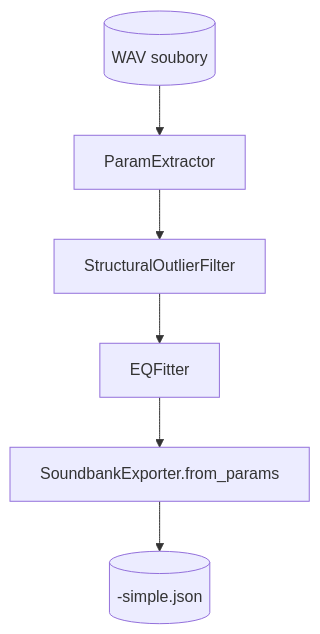
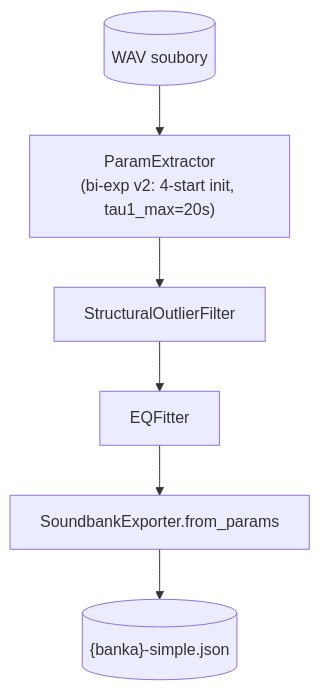
The sixth of 8 diagrams in docs/TRAINING_WORKFLOWS.md (alchy/ICR), drawn with Mermaid before and after one commit. The commit also changed other lines of this file and 1 other file, not shown here.

````diff
--- a/docs/TRAINING_WORKFLOWS.md
+++ b/docs/TRAINING_WORKFLOWS.md
@@ -360,8 +385,8 @@
 ```mermaid
 flowchart TD
-    WAV[("WAV soubory")] --> EXT["ParamExtractor"]
+    WAV[("WAV soubory")] --> EXT["ParamExtractor\n(bi-exp v2: 4-start init, tau1_max=20s)"]
     EXT --> SOF["StructuralOutlierFilter"]
     SOF --> EQF["EQFitter"]
     EQF --> EXP["SoundbankExporter.from_params"]
-    EXP --> OUT[("-simple.json")]
+    EXP --> OUT[("{banka}-simple.json")]
 ```
````
